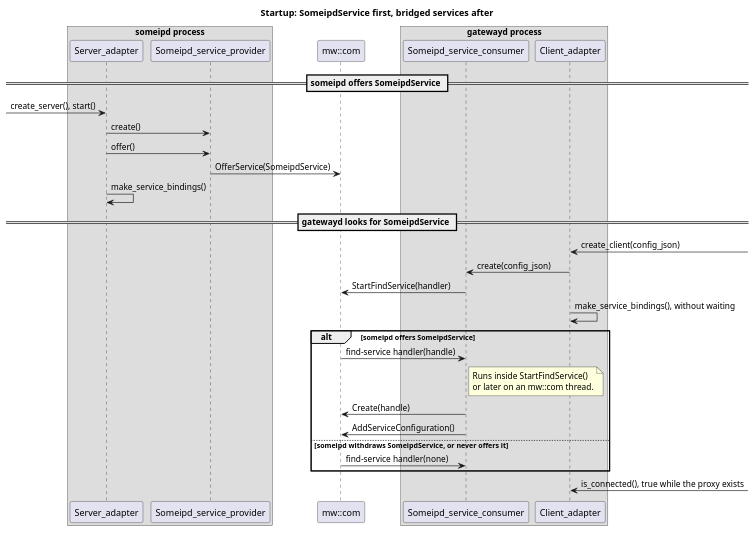
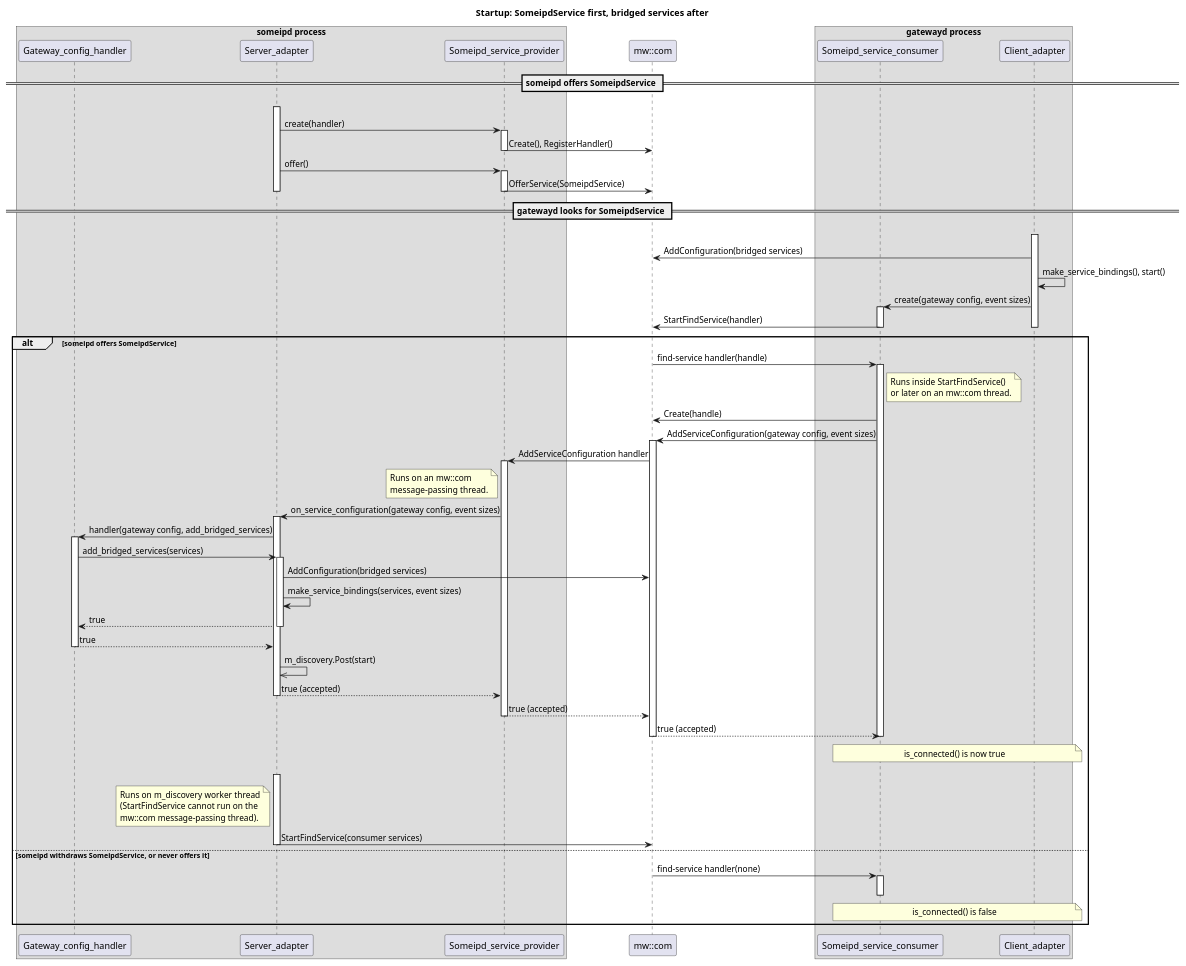
One commit to bgsw-contrib/score_inc_someip_gateway changed the diagram in score/gateway_ipc_binding/docs/models/mw_com_startup.puml. Above: the diagram before and after it, drawn with PlantUML. The commit also changed 22 other files, not shown here.

First line of the commit message:
feat!: mw::com binding takes each gatewayd's configuration and event sizes (#357)

```diff
--- a/score/gateway_ipc_binding/docs/models/mw_com_startup.puml
+++ b/score/gateway_ipc_binding/docs/models/mw_com_startup.puml
@@ -14,36 +14,82 @@
 @startuml mw_com_startup_someipd_gatewayd
 title Startup: SomeipdService first, bridged services after
 
 box "someipd process"
+participant "Gateway_config_handler" as handler
 participant "Server_adapter" as server
 participant "Someipd_service_provider" as sdsvc_provider
 end box
 participant "mw::com" as mwcom
 box "gatewayd process"
 participant "Someipd_service_consumer" as sdsvc_consumer
 participant "Client_adapter" as client
 end box
 
 == someipd offers SomeipdService ==
-[-> server : create_server(), start()
-server -> sdsvc_provider : create()
+server -[hidden]-> server
+activate server
+server -> sdsvc_provider : create(handler)
+activate sdsvc_provider
+sdsvc_provider -> mwcom : Create(), RegisterHandler()
+deactivate sdsvc_provider
 server -> sdsvc_provider : offer()
+activate sdsvc_provider
 sdsvc_provider -> mwcom : OfferService(SomeipdService)
-server -> server : make_service_bindings()
+deactivate sdsvc_provider
+deactivate server
 
 == gatewayd looks for SomeipdService ==
-client <-] : create_client(config_json)
-client -> sdsvc_consumer : create(config_json)
+client -[hidden]-> client
+activate client
+client -> mwcom : AddConfiguration(bridged services)
+client -> client : make_service_bindings(), start()
+client -> sdsvc_consumer : create(gateway config, event sizes)
+activate sdsvc_consumer
 sdsvc_consumer -> mwcom : StartFindService(handler)
-client -> client : make_service_bindings(), without waiting
+deactivate sdsvc_consumer
+deactivate client
 
 alt someipd offers SomeipdService
   mwcom -> sdsvc_consumer : find-service handler(handle)
+  activate sdsvc_consumer
   note right of sdsvc_consumer : Runs inside StartFindService()\nor later on an mw::com thread.
   sdsvc_consumer -> mwcom : Create(handle)
-  sdsvc_consumer -> mwcom : AddServiceConfiguration()
+  sdsvc_consumer -> mwcom : AddServiceConfiguration(gateway config, event sizes)
+  activate mwcom
+  mwcom -> sdsvc_provider : AddServiceConfiguration handler
+  activate sdsvc_provider
+  note left of sdsvc_provider : Runs on an mw::com\nmessage-passing thread.
+  sdsvc_provider -> server : on_service_configuration(gateway config, event sizes)
+  activate server
+  server -> handler : handler(gateway config, add_bridged_services)
+  activate handler
+  handler -> server : add_bridged_services(services)
+  activate server
+  server -> mwcom : AddConfiguration(bridged services)
+  server -> server : make_service_bindings(services, event sizes)
+  server --> handler : true
+  deactivate server
+  handler --> server : true
+  deactivate handler
+  server ->> server : m_discovery.Post(start)
+  server --> sdsvc_provider : true (accepted)
+  deactivate server
+  sdsvc_provider --> mwcom : true (accepted)
+  deactivate sdsvc_provider
+  mwcom --> sdsvc_consumer : true (accepted)
+  deactivate mwcom
+  deactivate sdsvc_consumer
+  note over sdsvc_consumer, client : is_connected() is now true
+
+  server -[hidden]-> server
+  activate server
+  note left of server : Runs on m_discovery worker thread\n(StartFindService cannot run on the\nmw::com message-passing thread).
+  server -> mwcom : StartFindService(consumer services)
+  deactivate server
 else someipd withdraws SomeipdService, or never offers it
   mwcom -> sdsvc_consumer : find-service handler(none)
+  activate sdsvc_consumer
+  note over sdsvc_consumer, client : is_connected() is false
+  deactivate sdsvc_consumer
 end
-client <-] : is_connected(), true while the proxy exists
 @enduml
```
